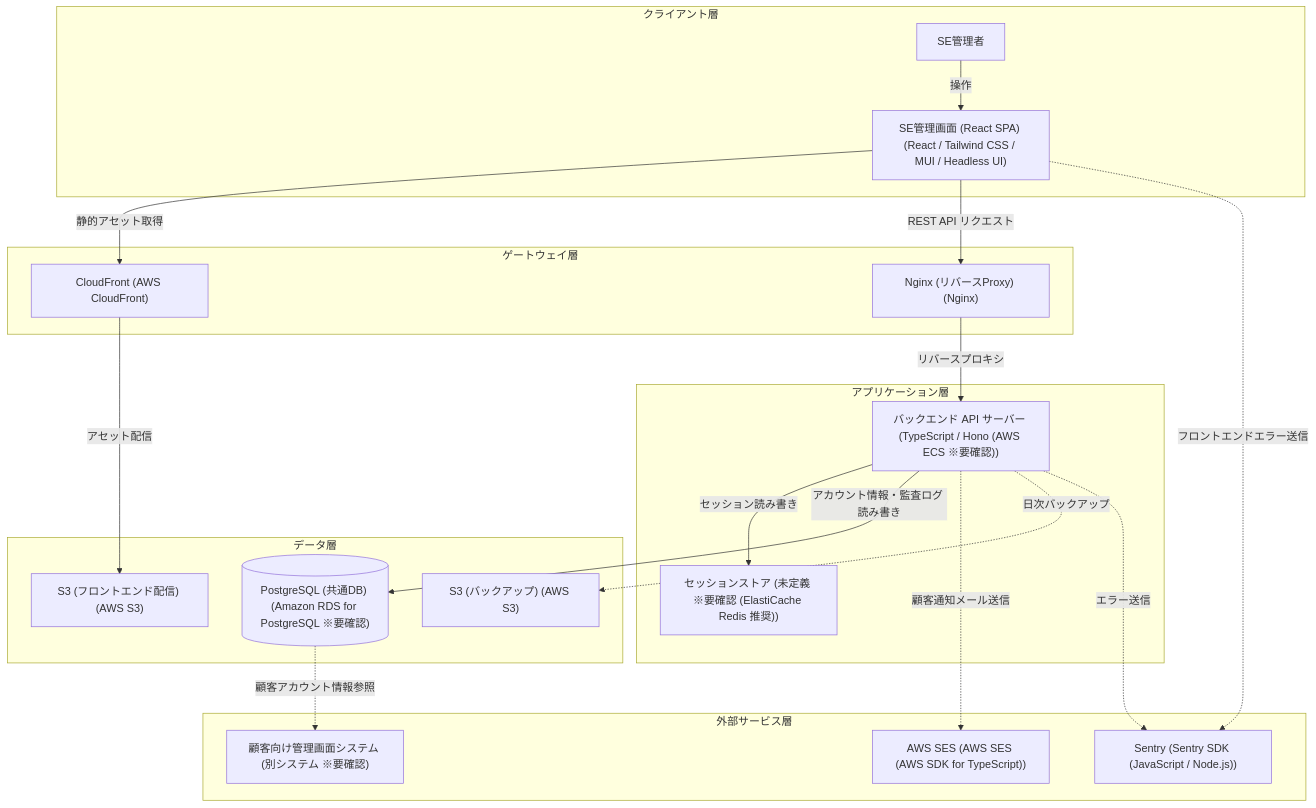
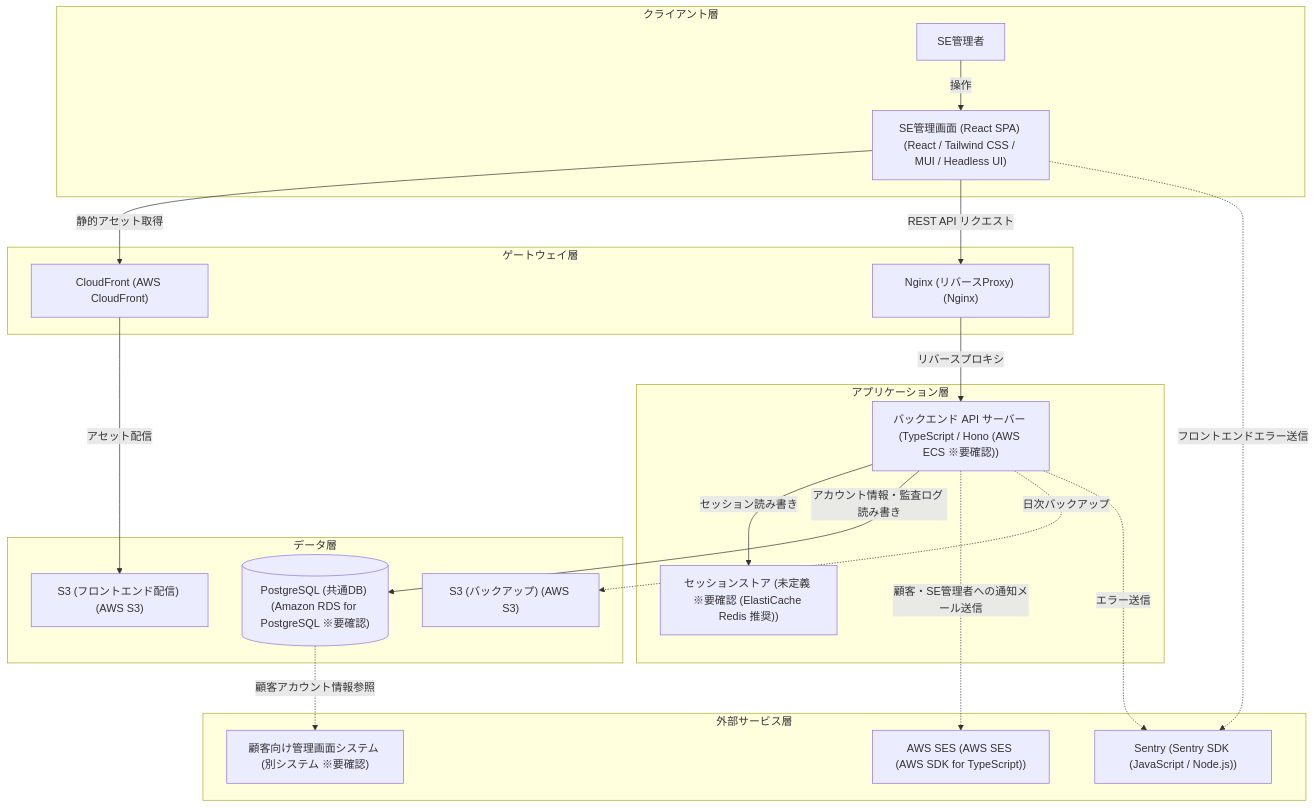
One commit to t-moriyama-r/shop_system changed the diagram in documents/SE管理画面/設計/詳細設計/アーキテクチャ構成図.md. Above: the diagram before and after it, drawn with Mermaid. The commit also changed other lines of this file and 15 other files, not shown here.

````diff
--- a/documents/SE管理画面/設計/詳細設計/アーキテクチャ構成図.md
+++ b/documents/SE管理画面/設計/詳細設計/アーキテクチャ構成図.md
@@ -43,37 +43,37 @@
 ```mermaid
 flowchart TD
     subgraph client["クライアント層"]
         se_admin_user["SE管理者"]
         browser["SE管理画面 (React SPA) (React / Tailwind CSS / MUI / Headless UI)"]
     end
     subgraph gateway["ゲートウェイ層"]
         cloudfront["CloudFront (AWS CloudFront)"]
         nginx["Nginx (リバースProxy) (Nginx)"]
     end
     subgraph application["アプリケーション層"]
         hono_api["バックエンド API サーバー (TypeScript / Hono (AWS ECS ※要確認))"]
         session_store["セッションストア (未定義 ※要確認 (ElastiCache Redis 推奨))"]
     end
     subgraph data["データ層"]
         s3_frontend["S3 (フロントエンド配信) (AWS S3)"]
         rds_postgres[("PostgreSQL (共通DB) (Amazon RDS for PostgreSQL ※要確認)")]
         s3_backup["S3 (バックアップ) (AWS S3)"]
     end
     subgraph external["外部サービス層"]
         aws_ses["AWS SES (AWS SES (AWS SDK for TypeScript))"]
         sentry["Sentry (Sentry SDK (JavaScript / Node.js))"]
         customer_system["顧客向け管理画面システム (別システム ※要確認)"]
     end
     se_admin_user -->|"操作"|browser
     browser -->|"静的アセット取得"|cloudfront
     cloudfront -->|"アセット配信"|s3_frontend
     browser -->|"REST API リクエスト"|nginx
     nginx -->|"リバースプロキシ"|hono_api
     hono_api -->|"セッション読み書き"|session_store
     hono_api -->|"アカウント情報・監査ログ 読み書き"|rds_postgres
-    hono_api -.->|"顧客通知メール送信"|aws_ses
+    hono_api -.->|"顧客・SE管理者への通知メール送信"|aws_ses
     hono_api -.->|"日次バックアップ"|s3_backup
     hono_api -.->|"エラー送信"|sentry
     browser -.->|"フロントエンドエラー送信"|sentry
     rds_postgres -.->|"顧客アカウント情報参照"|customer_system
 ```
````
